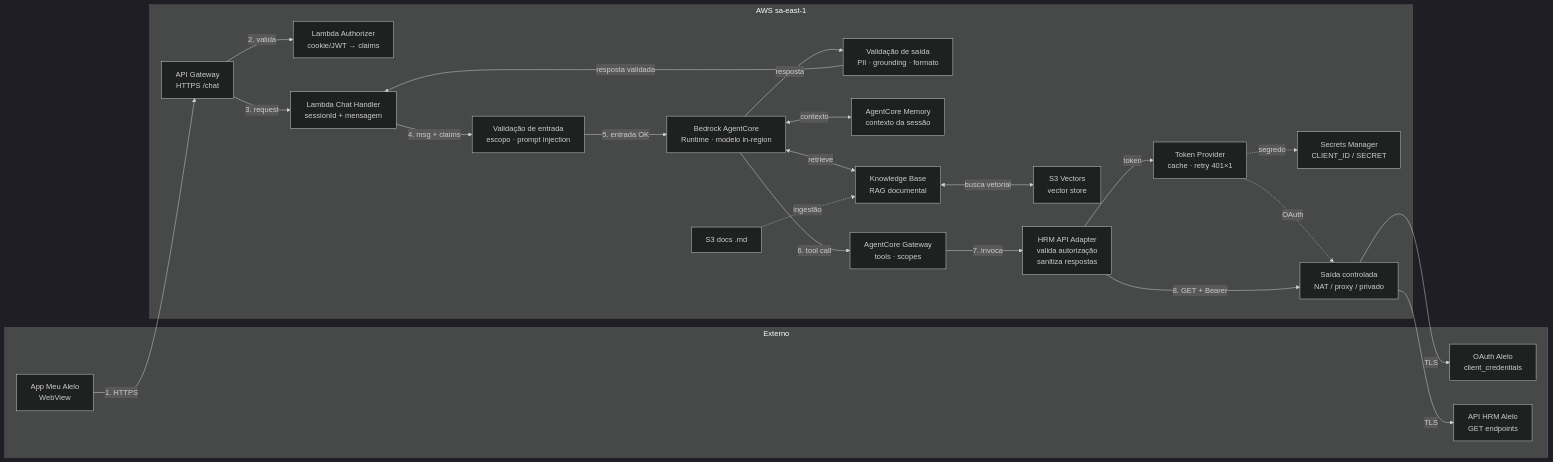
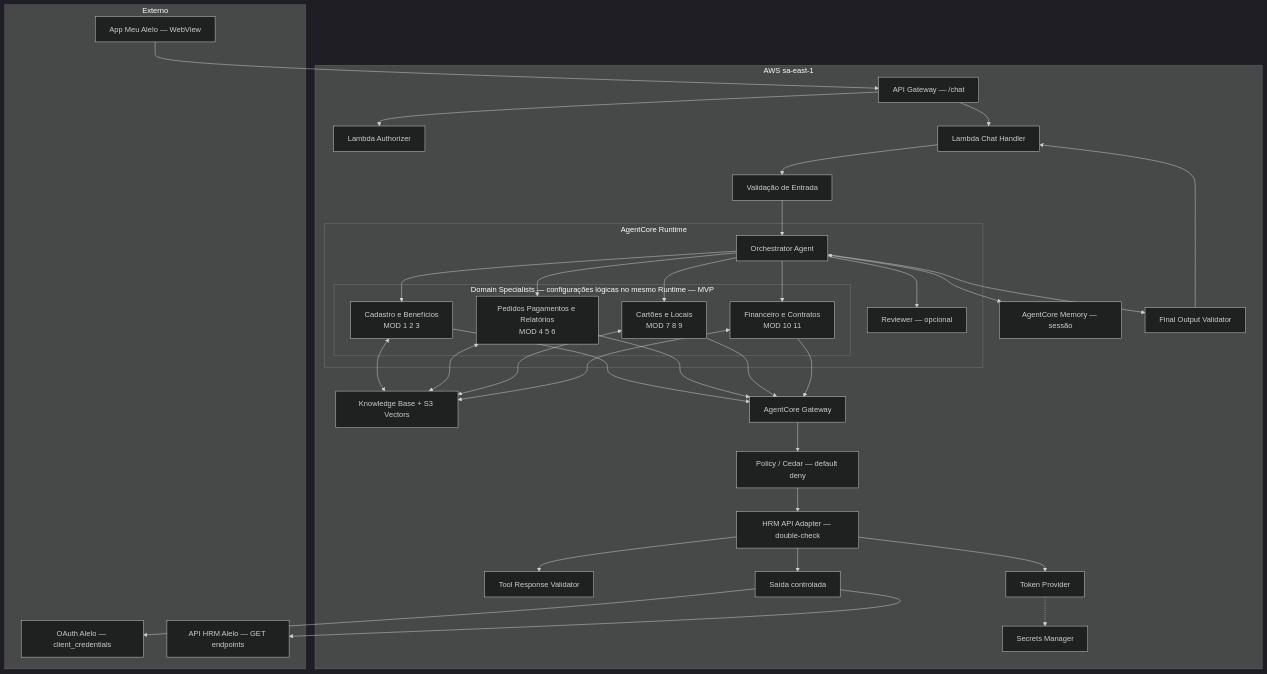
The diagram in docs/discover/05_infraestrutura-aws-mvp.md (lucianarcit/discover_marh), drawn with Mermaid (dark theme) before and after one commit. The commit also changed other lines of this file and 4 other files, not shown here.

````diff
--- a/docs/discover/05_infraestrutura-aws-mvp.md
+++ b/docs/discover/05_infraestrutura-aws-mvp.md
@@ -36,46 +33,57 @@
 ```mermaid
-flowchart LR
+flowchart TD
     subgraph EXT[Externo]
-        APP[App Meu Alelo\nWebView]
-        OAUTH[OAuth Alelo\nclient_credentials]
-        HRM[API HRM Alelo\nGET endpoints]
+        APP[App Meu Alelo — WebView]
+        OAUTH[OAuth Alelo — client_credentials]
+        HRM[API HRM Alelo — GET endpoints]
     end
 
     subgraph AWS[AWS sa-east-1]
-        APIGW[API Gateway\nHTTPS /chat]
-        AUTH[Lambda Authorizer\ncookie/JWT → claims]
-        CHAT[Lambda Chat Handler\nsessionId + mensagem]
-        VAL_IN[Validação de entrada\nescopo · prompt injection]
-        AGENT[Bedrock AgentCore\nRuntime · modelo in-region]
-        VAL_OUT[Validação de saída\nPII · grounding · formato]
-        MEM[AgentCore Memory\ncontexto da sessão]
-        KB[Knowledge Base\nRAG documental]
-        S3V[S3 Vectors\nvector store]
-        GW[AgentCore Gateway\ntools · scopes]
-        ADAPTER[HRM API Adapter\nvalida autorização\nsanitiza respostas]
-        TP[Token Provider\ncache · retry 401×1]
-        SM[Secrets Manager\nCLIENT_ID / SECRET]
-        EGRESS[Saída controlada\nNAT / proxy / privado]
-        S3[S3 docs .md]
+        APIGW[API Gateway — /chat]
+        AUTH[Lambda Authorizer]
+        CHAT[Lambda Chat Handler]
+        VAL_IN[Validação de Entrada]
+
+        subgraph RUNTIME[AgentCore Runtime]
+            ORCH[Orchestrator Agent]
+            subgraph SPECS[Domain Specialists — configurações lógicas no mesmo Runtime — MVP]
+                SP1[Cadastro e Benefícios\nMOD 1 2 3]
+                SP2[Pedidos Pagamentos e Relatórios\nMOD 4 5 6]
+                SP3[Cartões e Locais\nMOD 7 8 9]
+                SP4[Financeiro e Contratos\nMOD 10 11]
+            end
+            REV[Reviewer — opcional]
+        end
+
+        MEM[AgentCore Memory — sessão]
+        KB[Knowledge Base + S3 Vectors]
+        TOOL_VAL[Tool Response Validator]
+        FINAL_VAL[Final Output Validator]
+        AGW[AgentCore Gateway]
+        POLICY[Policy / Cedar — default deny]
+        ADAPTER[HRM API Adapter — double-check]
+        TP[Token Provider]
+        SM[Secrets Manager]
+        EGRESS[Saída controlada]
     end
 
-    APP -->|1. HTTPS| APIGW
-    APIGW -->|2. valida| AUTH
-    APIGW -->|3. request| CHAT
-    CHAT -->|4. msg + claims| VAL_IN
-    VAL_IN -->|5. entrada OK| AGENT
-    AGENT <-->|contexto| MEM
-    AGENT <-->|retrieve| KB
-    KB <-->|busca vetorial| S3V
-    AGENT -->|6. tool call| GW
-    GW -->|7. invoca| ADAPTER
-    ADAPTER -->|token| TP
-    TP -.->|segredo| SM
-    TP -.->|OAuth| EGRESS
-    ADAPTER -->|8. GET + Bearer| EGRESS
-    EGRESS -->|TLS| OAUTH
-    EGRESS -->|TLS| HRM
-    AGENT -->|resposta| VAL_OUT
-    VAL_OUT -->|resposta validada| CHAT
-    S3 -.->|ingestão| KB
+    APP --> APIGW
+    APIGW --> AUTH
+    APIGW --> CHAT
+    CHAT --> VAL_IN
+    VAL_IN --> ORCH
+    ORCH --> SP1 & SP2 & SP3 & SP4
+    ORCH <--> MEM
+    SP1 & SP2 & SP3 & SP4 <--> KB
+    SP1 & SP2 & SP3 & SP4 --> AGW
+    AGW --> POLICY
+    POLICY --> ADAPTER
+    ADAPTER --> TP
+    TP -.-> SM
+    ADAPTER --> EGRESS
+    EGRESS --> OAUTH & HRM
+    ADAPTER --> TOOL_VAL
+    ORCH --> REV
+    ORCH --> FINAL_VAL
+    FINAL_VAL --> CHAT
 ```
````
